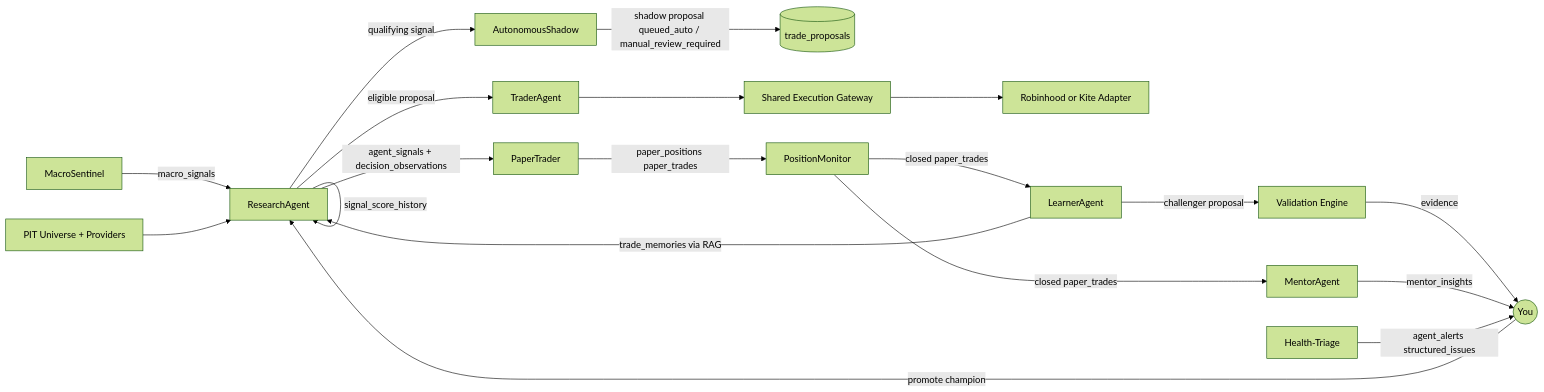
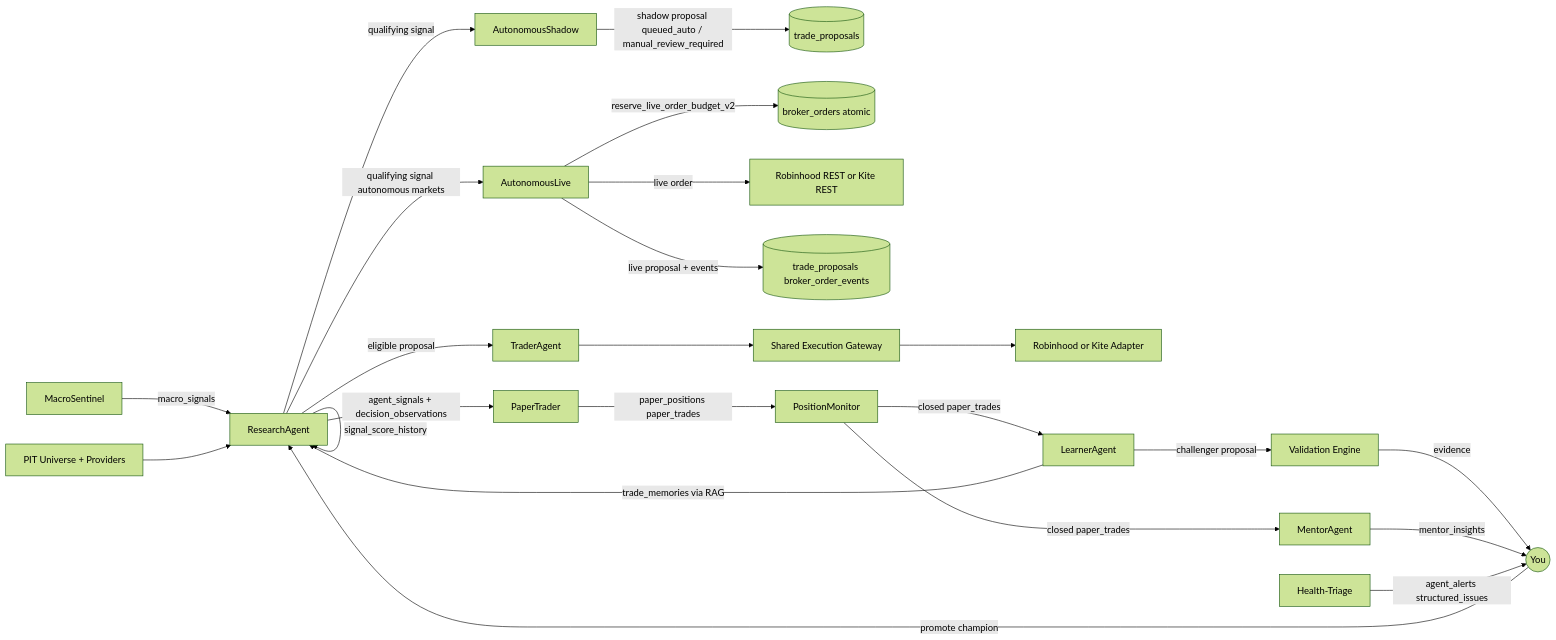
Before and after one commit to vaibhavtiwarigithub/financeos: the diagram in docs/arch/03-agents.md, drawn with Mermaid (forest theme). The commit also changed other lines of this file and 12 other files, not shown here.

First line of the commit message:
Feat: PA3 per-market autonomous live trading (off/manual/autonomous)

````diff
--- a/docs/arch/03-agents.md
+++ b/docs/arch/03-agents.md
@@ -15,21 +15,25 @@
 ```mermaid
 flowchart LR
   MACRO[MacroSentinel] --> |macro_signals| RESEARCH[ResearchAgent]
   UNIVERSE[PIT Universe + Providers] --> RESEARCH
   RESEARCH --> |agent_signals + decision_observations| PAPER[PaperTrader]
   RESEARCH --> |eligible proposal| TRADER[TraderAgent]
   RESEARCH --> |qualifying signal| SHADOW[AutonomousShadow]
   SHADOW --> |shadow proposal queued_auto / manual_review_required| PROPOSALS[(trade_proposals)]
+  RESEARCH --> |qualifying signal autonomous markets| LIVE[AutonomousLive]
+  LIVE --> |reserve_live_order_budget_v2| BUDGET[(broker_orders atomic)]
+  LIVE --> |live order| BROKER2[Robinhood REST or Kite REST]
+  LIVE --> |live proposal + events| LIVEAUDIT[(trade_proposals broker_order_events)]
   TRADER --> GATEWAY[Shared Execution Gateway]
   GATEWAY --> BROKER[Robinhood or Kite Adapter]
   RESEARCH --> |signal_score_history| RESEARCH
   PAPER --> |paper_positions paper_trades| MONITOR[PositionMonitor]
   MONITOR --> |closed paper_trades| LEARNER[LearnerAgent]
   LEARNER --> |challenger proposal| VALIDATE[Validation Engine]
   VALIDATE --> |evidence| USER((You))
   USER --> |promote champion| RESEARCH
   MONITOR --> |closed paper_trades| MENTOR[MentorAgent]
   MENTOR --> |mentor_insights| USER
   HEALTH[Health-Triage] --> |agent_alerts structured_issues| USER
   LEARNER --> |trade_memories via RAG| RESEARCH
 ```
````
